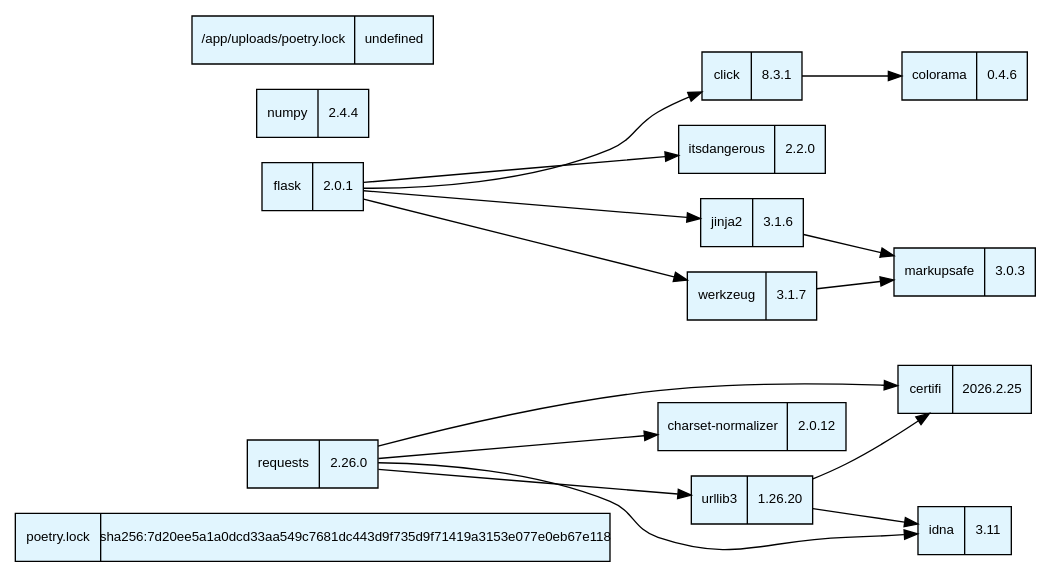
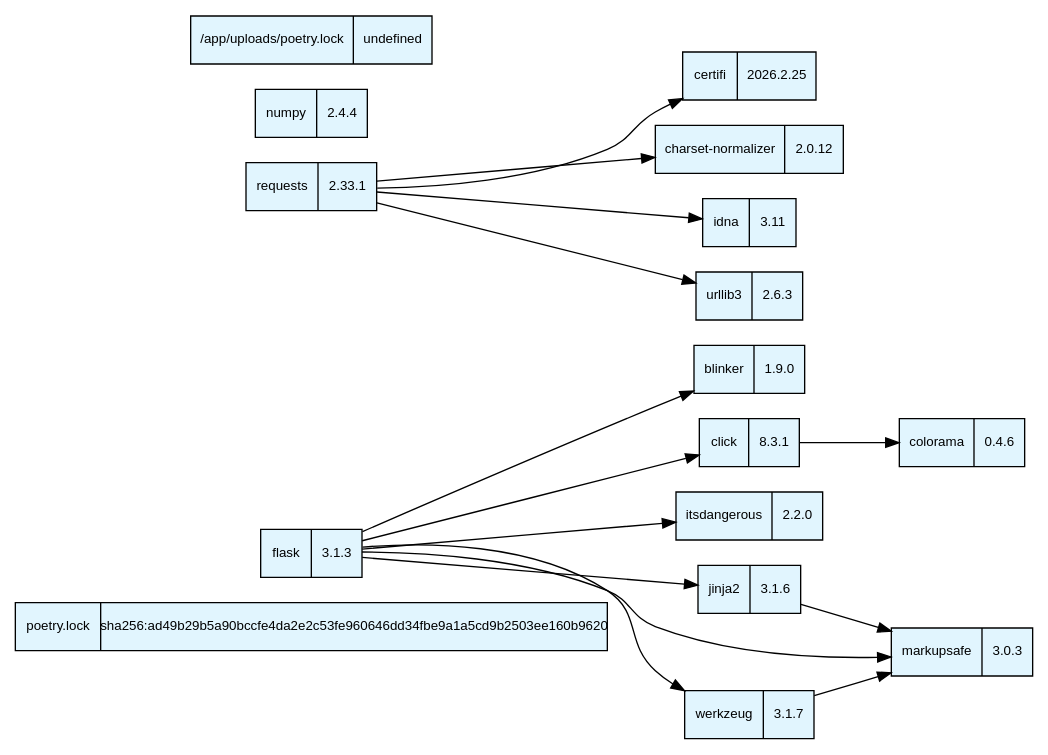
One commit to yuu200219/sbom_zkp changed the diagram in zkVM-server/sbom_service/output_graphs/dependency_tree.dot. Above: the diagram before and after it, drawn with Graphviz. The commit also changed 20 other files, not shown here.

```diff
--- a/zkVM-server/sbom_service/output_graphs/dependency_tree.dot
+++ b/zkVM-server/sbom_service/output_graphs/dependency_tree.dot
@@ -1,32 +1,33 @@
 digraph DependencyTree {
     node [fontname="Arial", fontsize=10, shape=record];
     rankdir=LR;
-    "c1ed6696946692f2" [label="{ poetry.lock | sha256:7d20ee5a1a0dcd33aa549c7681dc443d9f735d9f71419a3153e077e0eb67e118 }", style=filled, fillcolor="#e1f5fe"];
+    "c1ed6696946692f2" [label="{ poetry.lock | sha256:ad49b29b5a90bccfe4da2e2c53fe960646dd34fbe9a1a5cd9b2503ee160b9620 }", style=filled, fillcolor="#e1f5fe"];
+    "pkg:pypi/blinker@1.9.0?package-id=870b1cef558676d0" [label="{ blinker | 1.9.0 }", style=filled, fillcolor="#e1f5fe"];
     "pkg:pypi/certifi@2026.2.25?package-id=3abcd530b411d16d" [label="{ certifi | 2026.2.25 }", style=filled, fillcolor="#e1f5fe"];
     "pkg:pypi/charset-normalizer@2.0.12?package-id=5b8ad9423145a411" [label="{ charset-normalizer | 2.0.12 }", style=filled, fillcolor="#e1f5fe"];
     "pkg:pypi/click@8.3.1?package-id=23d7364e9f66825a" [label="{ click | 8.3.1 }", style=filled, fillcolor="#e1f5fe"];
     "pkg:pypi/click@8.3.1?package-id=23d7364e9f66825a" -> "pkg:pypi/colorama@0.4.6?package-id=754ada8d4566a598";
     "pkg:pypi/colorama@0.4.6?package-id=754ada8d4566a598" [label="{ colorama | 0.4.6 }", style=filled, fillcolor="#e1f5fe"];
-    "pkg:pypi/flask@2.0.1?package-id=4ad05120d6fe3e54" [label="{ flask | 2.0.1 }", style=filled, fillcolor="#e1f5fe"];
-    "pkg:pypi/flask@2.0.1?package-id=4ad05120d6fe3e54" -> "pkg:pypi/click@8.3.1?package-id=23d7364e9f66825a";
-    "pkg:pypi/flask@2.0.1?package-id=4ad05120d6fe3e54" -> "pkg:pypi/itsdangerous@2.2.0?package-id=08bd0103b37e257e";
-    "pkg:pypi/flask@2.0.1?package-id=4ad05120d6fe3e54" -> "pkg:pypi/jinja2@3.1.6?package-id=de9da0639aaa3e80";
-    "pkg:pypi/flask@2.0.1?package-id=4ad05120d6fe3e54" -> "pkg:pypi/werkzeug@3.1.7?package-id=c39817697ddfae69";
+    "pkg:pypi/flask@3.1.3?package-id=a8a9a07c2fc6d919" [label="{ flask | 3.1.3 }", style=filled, fillcolor="#e1f5fe"];
+    "pkg:pypi/flask@3.1.3?package-id=a8a9a07c2fc6d919" -> "pkg:pypi/blinker@1.9.0?package-id=870b1cef558676d0";
+    "pkg:pypi/flask@3.1.3?package-id=a8a9a07c2fc6d919" -> "pkg:pypi/click@8.3.1?package-id=23d7364e9f66825a";
+    "pkg:pypi/flask@3.1.3?package-id=a8a9a07c2fc6d919" -> "pkg:pypi/itsdangerous@2.2.0?package-id=08bd0103b37e257e";
+    "pkg:pypi/flask@3.1.3?package-id=a8a9a07c2fc6d919" -> "pkg:pypi/jinja2@3.1.6?package-id=de9da0639aaa3e80";
+    "pkg:pypi/flask@3.1.3?package-id=a8a9a07c2fc6d919" -> "pkg:pypi/markupsafe@3.0.3?package-id=da31a8ee4d6ed5db";
+    "pkg:pypi/flask@3.1.3?package-id=a8a9a07c2fc6d919" -> "pkg:pypi/werkzeug@3.1.7?package-id=c39817697ddfae69";
     "pkg:pypi/idna@3.11?package-id=0675d1b09131b37d" [label="{ idna | 3.11 }", style=filled, fillcolor="#e1f5fe"];
     "pkg:pypi/itsdangerous@2.2.0?package-id=08bd0103b37e257e" [label="{ itsdangerous | 2.2.0 }", style=filled, fillcolor="#e1f5fe"];
     "pkg:pypi/jinja2@3.1.6?package-id=de9da0639aaa3e80" [label="{ jinja2 | 3.1.6 }", style=filled, fillcolor="#e1f5fe"];
     "pkg:pypi/jinja2@3.1.6?package-id=de9da0639aaa3e80" -> "pkg:pypi/markupsafe@3.0.3?package-id=da31a8ee4d6ed5db";
     "pkg:pypi/markupsafe@3.0.3?package-id=da31a8ee4d6ed5db" [label="{ markupsafe | 3.0.3 }", style=filled, fillcolor="#e1f5fe"];
     "pkg:pypi/numpy@2.4.4?package-id=f860eeb4b2f98233" [label="{ numpy | 2.4.4 }", style=filled, fillcolor="#e1f5fe"];
-    "pkg:pypi/requests@2.26.0?package-id=67c9ad4948680b71" [label="{ requests | 2.26.0 }", style=filled, fillcolor="#e1f5fe"];
-    "pkg:pypi/requests@2.26.0?package-id=67c9ad4948680b71" -> "pkg:pypi/certifi@2026.2.25?package-id=3abcd530b411d16d";
-    "pkg:pypi/requests@2.26.0?package-id=67c9ad4948680b71" -> "pkg:pypi/charset-normalizer@2.0.12?package-id=5b8ad9423145a411";
-    "pkg:pypi/requests@2.26.0?package-id=67c9ad4948680b71" -> "pkg:pypi/idna@3.11?package-id=0675d1b09131b37d";
-    "pkg:pypi/requests@2.26.0?package-id=67c9ad4948680b71" -> "pkg:pypi/urllib3@1.26.20?package-id=e56e5bad96c7edc8";
-    "pkg:pypi/urllib3@1.26.20?package-id=e56e5bad96c7edc8" [label="{ urllib3 | 1.26.20 }", style=filled, fillcolor="#e1f5fe"];
-    "pkg:pypi/urllib3@1.26.20?package-id=e56e5bad96c7edc8" -> "pkg:pypi/certifi@2026.2.25?package-id=3abcd530b411d16d";
-    "pkg:pypi/urllib3@1.26.20?package-id=e56e5bad96c7edc8" -> "pkg:pypi/idna@3.11?package-id=0675d1b09131b37d";
+    "pkg:pypi/requests@2.33.1?package-id=c5ed5ce606f1aa6a" [label="{ requests | 2.33.1 }", style=filled, fillcolor="#e1f5fe"];
+    "pkg:pypi/requests@2.33.1?package-id=c5ed5ce606f1aa6a" -> "pkg:pypi/certifi@2026.2.25?package-id=3abcd530b411d16d";
+    "pkg:pypi/requests@2.33.1?package-id=c5ed5ce606f1aa6a" -> "pkg:pypi/charset-normalizer@2.0.12?package-id=5b8ad9423145a411";
+    "pkg:pypi/requests@2.33.1?package-id=c5ed5ce606f1aa6a" -> "pkg:pypi/idna@3.11?package-id=0675d1b09131b37d";
+    "pkg:pypi/requests@2.33.1?package-id=c5ed5ce606f1aa6a" -> "pkg:pypi/urllib3@2.6.3?package-id=e2ece809fea9628e";
+    "pkg:pypi/urllib3@2.6.3?package-id=e2ece809fea9628e" [label="{ urllib3 | 2.6.3 }", style=filled, fillcolor="#e1f5fe"];
     "pkg:pypi/werkzeug@3.1.7?package-id=c39817697ddfae69" [label="{ werkzeug | 3.1.7 }", style=filled, fillcolor="#e1f5fe"];
     "pkg:pypi/werkzeug@3.1.7?package-id=c39817697ddfae69" -> "pkg:pypi/markupsafe@3.0.3?package-id=da31a8ee4d6ed5db";
     "4490038dd0eaaf1f" [label="{ /app/uploads/poetry.lock | undefined }", style=filled, fillcolor="#e1f5fe"];
 }
```
